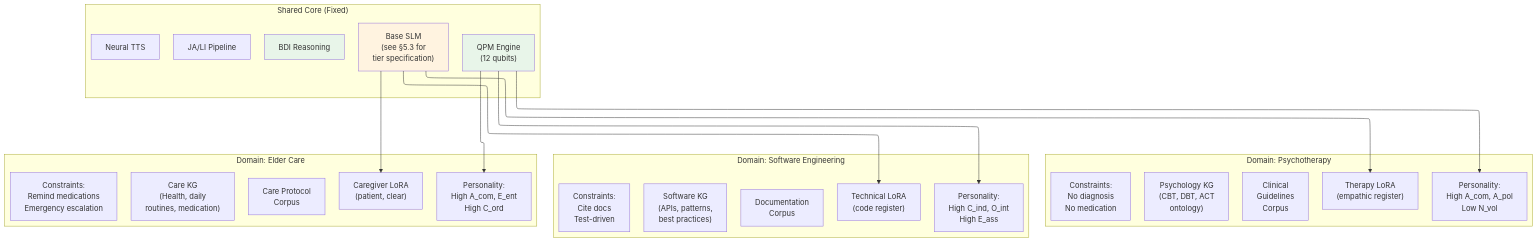
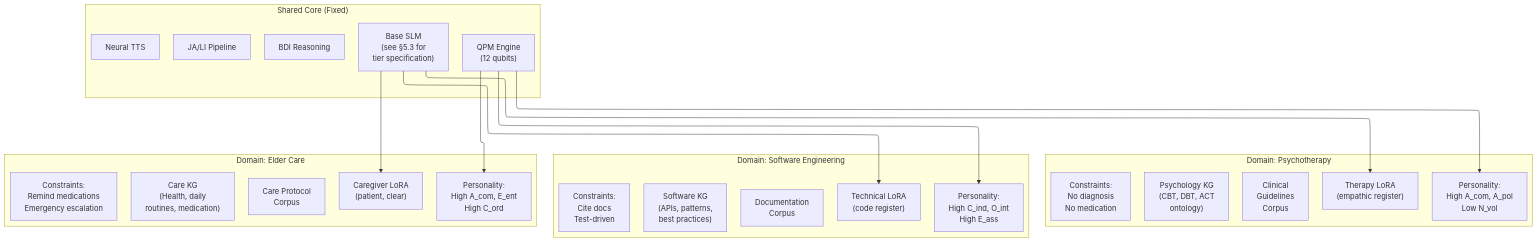
One commit to JustForCodin/Centaurian_Architecture_Implementation changed diagram 15 of 18 in Centaurian_Hybrid_Architecture_v3.md. Above: the diagram before and after it, drawn with Mermaid. The commit also changed other lines of this file, not shown here.

First line of the commit message:
v3 paper: node-graph rendering, Phase 1/2 domain split, persona-coherence reframe

````diff
--- a/Centaurian_Hybrid_Architecture_v3.md
+++ b/Centaurian_Hybrid_Architecture_v3.md
@@ -1827,41 +1808,38 @@
 ```mermaid
 %%{init: {"flowchart": {"defaultRenderer": "elk"}} }%%
 graph TD
     subgraph "Shared Core (Fixed)"
         QPM_CORE["QPM Engine<br/>(12 qubits)"]
         BDI_CORE["BDI Reasoning"]
         JALI_CORE["JA/LI Pipeline"]
         TTS_CORE["Neural TTS"]
         SLM_BASE["Base SLM<br/>(see §5.3 for<br/>tier specification)"]
     end
     subgraph "Domain: Psychotherapy"
         KG_PSY["Psychology KG<br/>(CBT, DBT, ACT<br/>ontology)"]
         LORA_PSY["Therapy LoRA<br/>(empathic register)"]
         VEC_PSY["Clinical<br/>Guidelines<br/>Corpus"]
         CONST_PSY["Constraints:<br/>No diagnosis<br/>No medication"]
         PERS_PSY["Personality:<br/>High A_com, A_pol<br/>Low N_vol"]
     end
     subgraph "Domain: Software Engineering"
         KG_SWE["Software KG<br/>(APIs, patterns,<br/>best practices)"]
         LORA_SWE["Technical LoRA<br/>(code register)"]
         VEC_SWE["Documentation<br/>Corpus"]
         CONST_SWE["Constraints:<br/>Cite docs<br/>Test-driven"]
         PERS_SWE["Personality:<br/>High C_ind, O_int<br/>High E_ass"]
     end
     subgraph "Domain: Elder Care"
         KG_ELDER["Care KG<br/>(Health, daily<br/>routines, medication)"]
         LORA_ELDER["Caregiver LoRA<br/>(patient, clear)"]
         VEC_ELDER["Care Protocol<br/>Corpus"]
         CONST_ELDER["Constraints:<br/>Remind medications<br/>Emergency escalation"]
         PERS_ELDER["Personality:<br/>High A_com, E_ent<br/>High C_ord"]
     end
     SLM_BASE --> LORA_PSY
     SLM_BASE --> LORA_SWE
     SLM_BASE --> LORA_ELDER
     QPM_CORE --> PERS_PSY
     QPM_CORE --> PERS_SWE
     QPM_CORE --> PERS_ELDER
-    style QPM_CORE fill:#e8f5e9
-    style BDI_CORE fill:#e8f5e9
-    style SLM_BASE fill:#fff3e0
 ```
````
